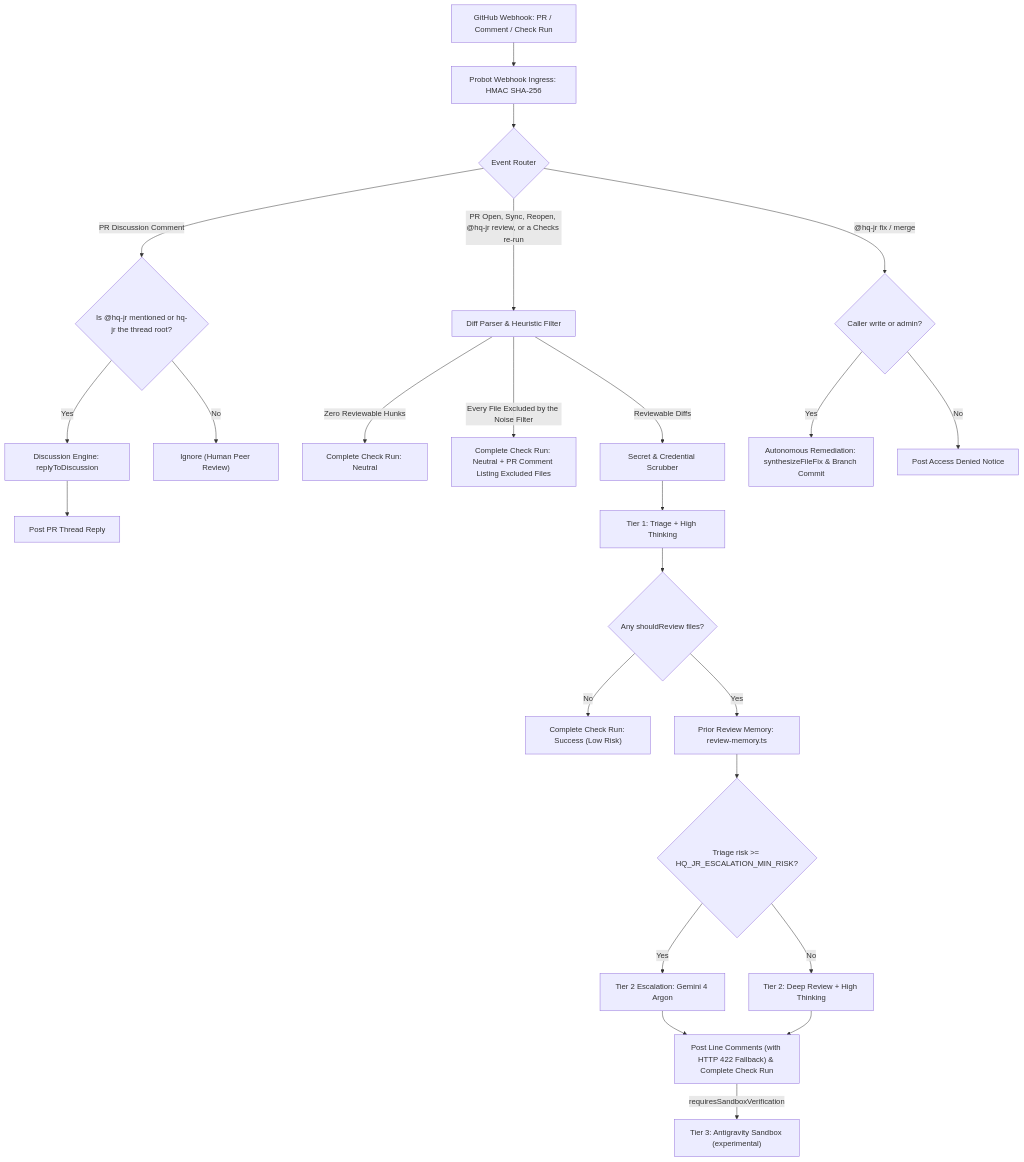
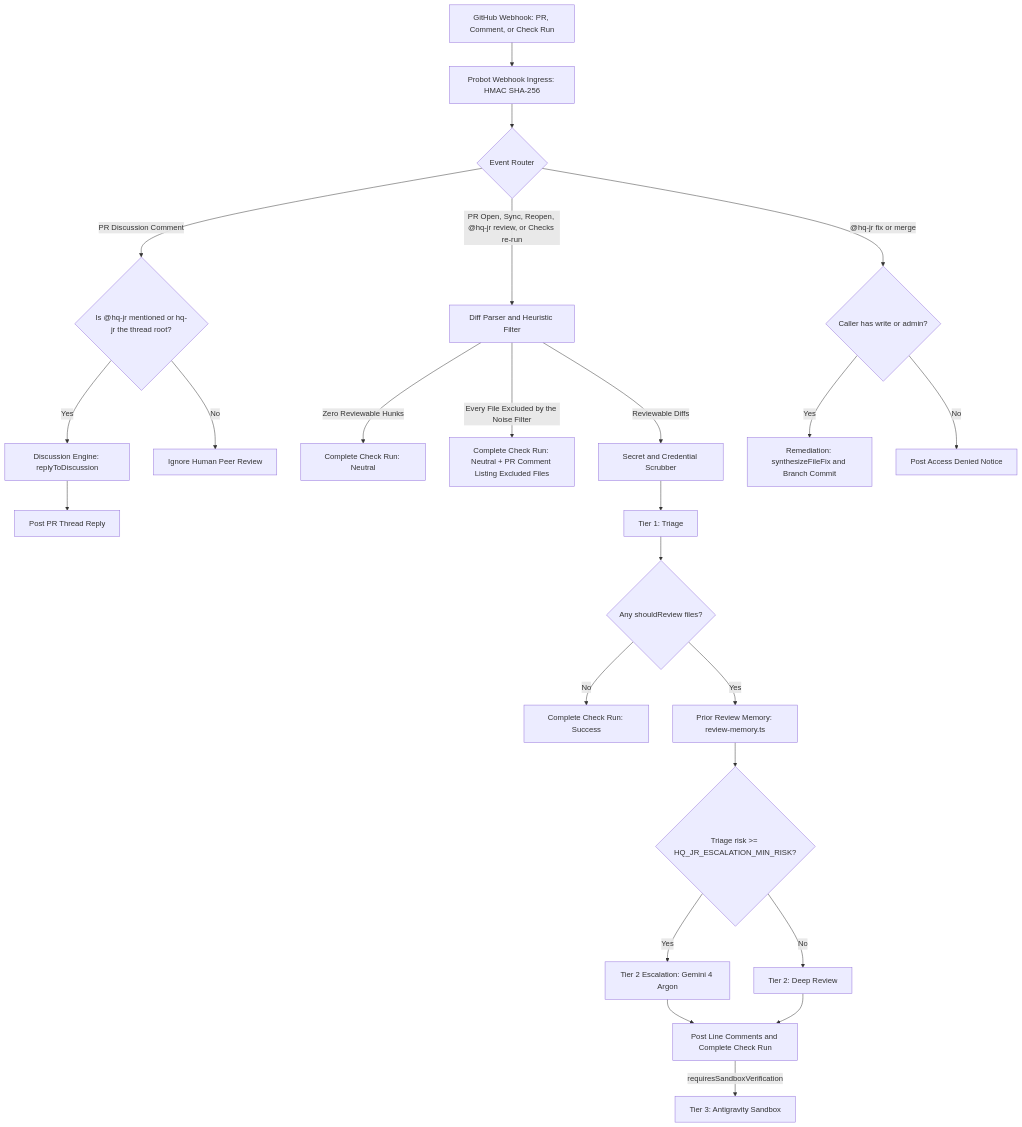
The diagram in README.md (adi-IL/hq-jr), drawn with Mermaid before and after one commit. The commit also changed other lines of this file and 11 other files, not shown here.

````diff
--- a/README.md
+++ b/README.md
@@ -51,31 +53,31 @@
 ```mermaid
 flowchart TD
-    PR["GitHub Webhook: PR / Comment / Check Run"] --> Ingress["Probot Webhook Ingress: HMAC SHA-256"]
+    PR["GitHub Webhook: PR, Comment, or Check Run"] --> Ingress["Probot Webhook Ingress: HMAC SHA-256"]
     Ingress --> Route{"Event Router"}
     
     Route -->|"PR Discussion Comment"| AntiHijack{"Is @hq-jr mentioned or hq-jr the thread root?"}
     AntiHijack -->|"Yes"| Disc["Discussion Engine: replyToDiscussion"]
     Disc --> PostReply["Post PR Thread Reply"]
-    AntiHijack -->|"No"| Ignore["Ignore (Human Peer Review)"]
+    AntiHijack -->|"No"| Ignore["Ignore Human Peer Review"]
     
-    Route -->|"PR Open, Sync, Reopen, @hq-jr review, or a Checks re-run"| Filter["Diff Parser & Heuristic Filter"]
+    Route -->|"PR Open, Sync, Reopen, @hq-jr review, or Checks re-run"| Filter["Diff Parser and Heuristic Filter"]
     Filter -->|"Zero Reviewable Hunks"| FastPass["Complete Check Run: Neutral"]
     Filter -->|"Every File Excluded by the Noise Filter"| ExcludedPass["Complete Check Run: Neutral + PR Comment Listing Excluded Files"]
-    Filter -->|"Reviewable Diffs"| Scrubber["Secret & Credential Scrubber"]
-    Scrubber --> Tier1["Tier 1: Triage + High Thinking"]
+    Filter -->|"Reviewable Diffs"| Scrubber["Secret and Credential Scrubber"]
+    Scrubber --> Tier1["Tier 1: Triage"]
     
     Tier1 --> TriageDecision{"Any shouldReview files?"}
-    TriageDecision -->|"No"| LowRiskExit["Complete Check Run: Success (Low Risk)"]
+    TriageDecision -->|"No"| LowRiskExit["Complete Check Run: Success"]
     TriageDecision -->|"Yes"| Memory["Prior Review Memory: review-memory.ts"]
     Memory --> Gate{"Triage risk >= HQ_JR_ESCALATION_MIN_RISK?"}
     Gate -->|"Yes"| Argon["Tier 2 Escalation: Gemini 4 Argon"]
-    Gate -->|"No"| Tier2["Tier 2: Deep Review + High Thinking"]
+    Gate -->|"No"| Tier2["Tier 2: Deep Review"]
     
-    Argon --> Output["Post Line Comments (with HTTP 422 Fallback) & Complete Check Run"]
+    Argon --> Output["Post Line Comments and Complete Check Run"]
     Tier2 --> Output
-    Output -->|"requiresSandboxVerification"| Tier3["Tier 3: Antigravity Sandbox (experimental)"]
+    Output -->|"requiresSandboxVerification"| Tier3["Tier 3: Antigravity Sandbox"]
     
-    Route -->|"@hq-jr fix / merge"| RBAC{"Caller write or admin?"}
-    RBAC -->|"Yes"| Remediate["Autonomous Remediation: synthesizeFileFix & Branch Commit"]
+    Route -->|"@hq-jr fix or merge"| RBAC{"Caller has write or admin?"}
+    RBAC -->|"Yes"| Remediate["Remediation: synthesizeFileFix and Branch Commit"]
     RBAC -->|"No"| Deny["Post Access Denied Notice"]
 ```
````
